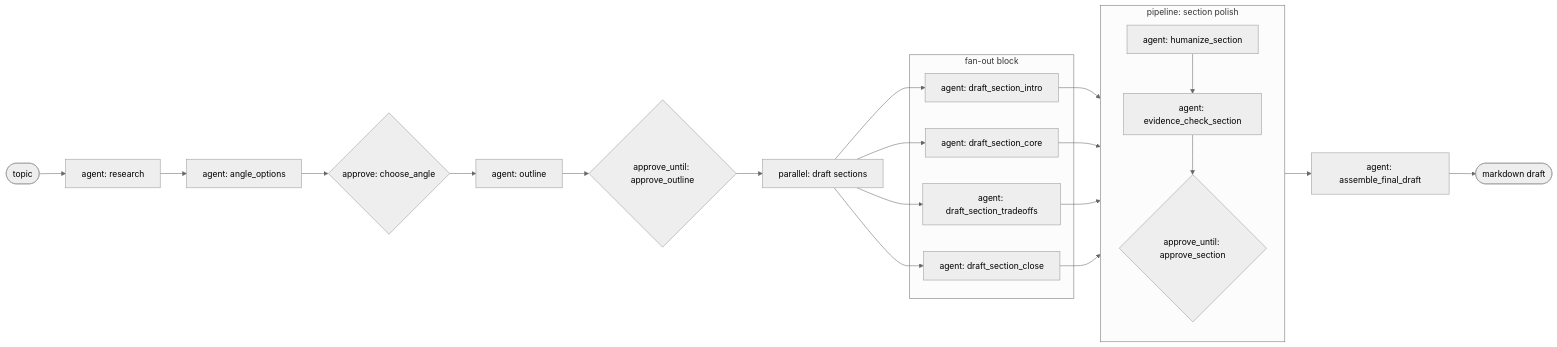
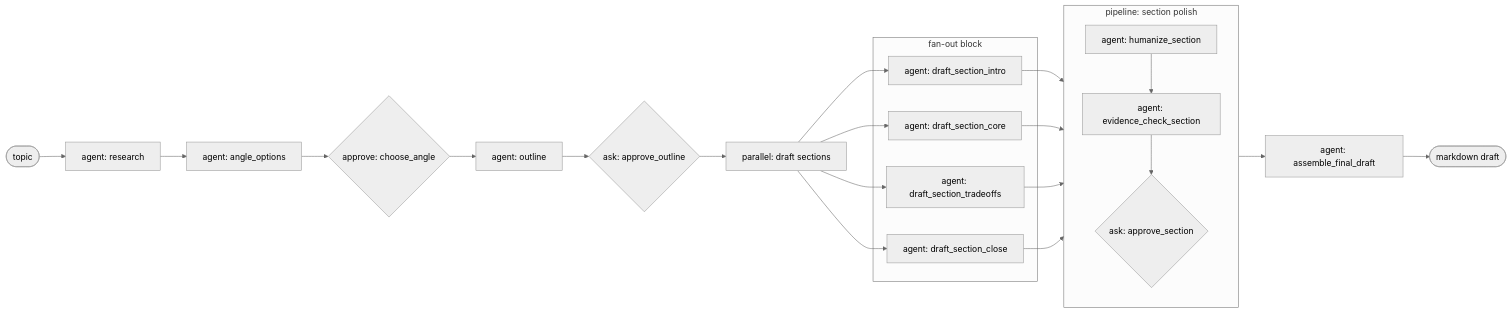
Before and after one commit to skylarbpayne/hermes-workflows: the third of 13 diagrams in docs/plans/2026-06-12-agent-parallel-pipeline-api-visual-plan.md, drawn with Mermaid (neutral theme). The commit also changed other lines of this file and 5 other files, not shown here.

First line of the commit message:
Remove approve_until authoring surface

````diff
--- a/docs/plans/2026-06-12-agent-parallel-pipeline-api-visual-plan.md
+++ b/docs/plans/2026-06-12-agent-parallel-pipeline-api-visual-plan.md
@@ -136,34 +136,34 @@
 ```mermaid
 flowchart LR
     Start([topic]) --> Research["agent: research"]
     Research --> Angles["agent: angle_options"]
     Angles --> Choose{"approve: choose_angle"}
     Choose --> Outline["agent: outline"]
-    Outline --> OutlineApproval{"approve_until: approve_outline"}
+    Outline --> OutlineApproval{"ask: approve_outline"}
 
     OutlineApproval --> F["parallel: draft sections"]
 
     subgraph Fanout["fan-out block"]
         S1["agent: draft_section_intro"]
         S2["agent: draft_section_core"]
         S3["agent: draft_section_tradeoffs"]
         S4["agent: draft_section_close"]
     end
 
     F --> S1
     F --> S2
     F --> S3
     F --> S4
 
     S1 --> Pipe
     S2 --> Pipe
     S3 --> Pipe
     S4 --> Pipe
 
     subgraph Pipe["pipeline: section polish"]
-        H1["agent: humanize_section"] --> E1["agent: evidence_check_section"] --> A1{"approve_until: approve_section"}
+        H1["agent: humanize_section"] --> E1["agent: evidence_check_section"] --> A1{"ask: approve_section"}
     end
 
     Pipe --> Assemble["agent: assemble_final_draft"]
     Assemble --> Done([markdown draft])
 ```
````
